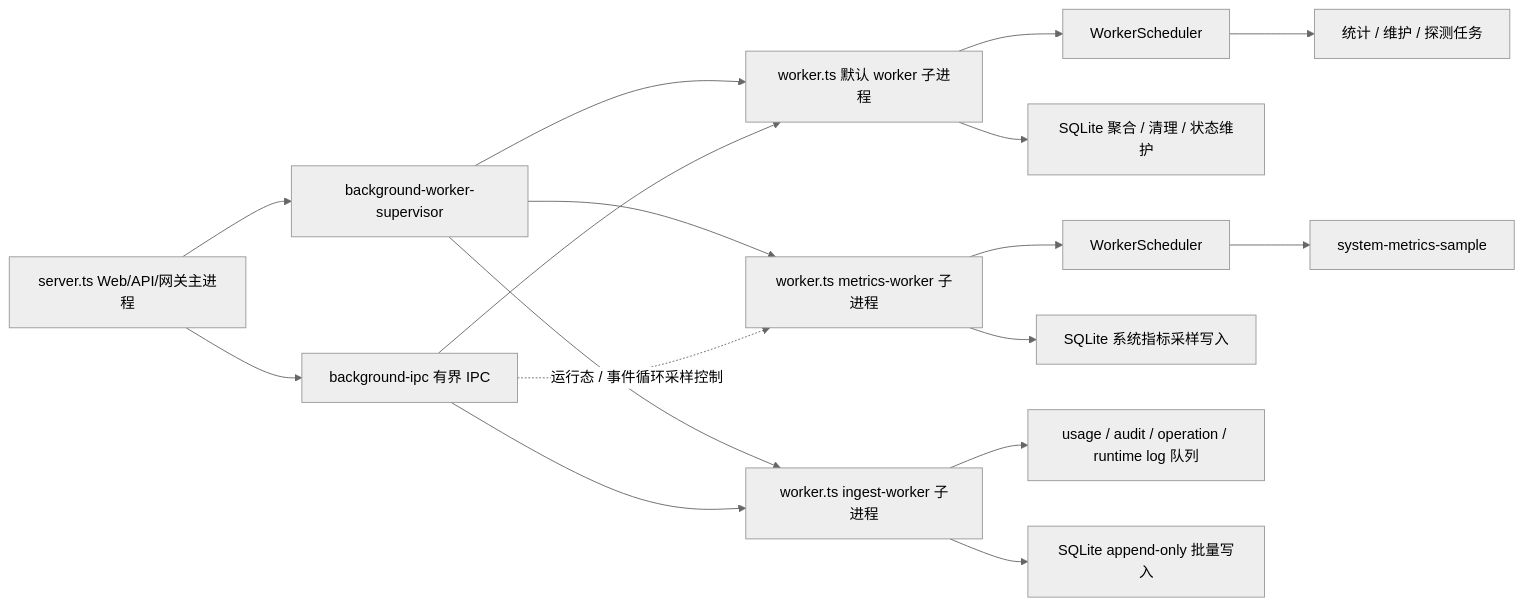
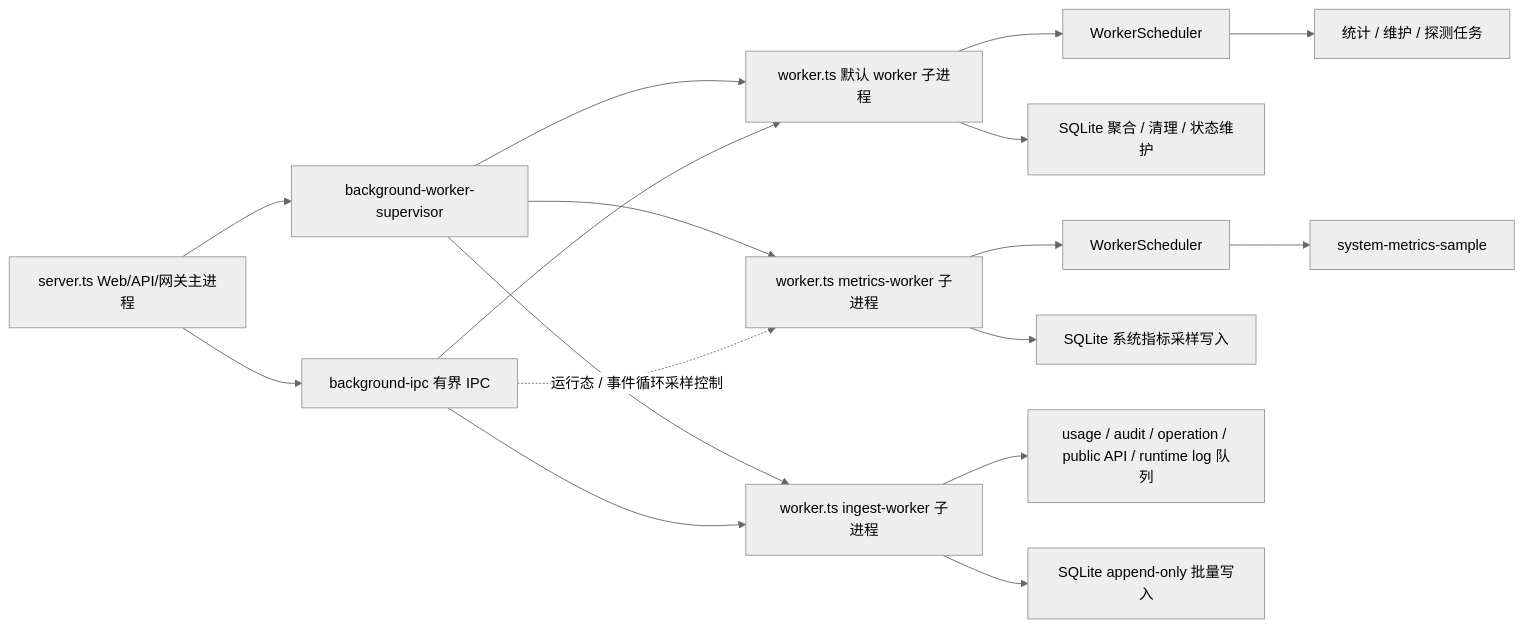
Before and after one commit to huanmin123/juhe-ai: the diagram in docs/architecture/backend/后台任务使用说明.md, drawn with Mermaid (neutral theme). The commit also changed other lines of this file and 111 other files, not shown here.

````diff
--- a/docs/architecture/backend/后台任务使用说明.md
+++ b/docs/architecture/backend/后台任务使用说明.md
@@ -19,19 +19,19 @@
 ```mermaid
 flowchart LR
   Server["server.ts Web/API/网关主进程"] --> Supervisor["background-worker-supervisor"]
   Supervisor --> Worker["worker.ts 默认 worker 子进程"]
   Supervisor --> MetricsWorker["worker.ts metrics-worker 子进程"]
   Supervisor --> IngestWorker["worker.ts ingest-worker 子进程"]
   Server --> IPC["background-ipc 有界 IPC"]
   IPC --> Worker
   IPC --> IngestWorker
   IPC -. "运行态 / 事件循环采样控制" .-> MetricsWorker
   Worker --> Scheduler["WorkerScheduler"]
   Scheduler --> Jobs["统计 / 维护 / 探测任务"]
   Worker --> SQLite["SQLite 聚合 / 清理 / 状态维护"]
   MetricsWorker --> MetricsScheduler["WorkerScheduler"]
   MetricsScheduler --> MetricsJob["system-metrics-sample"]
   MetricsWorker --> MetricsSQLite["SQLite 系统指标采样写入"]
-  IngestWorker --> IngestQueues["usage / audit / operation / runtime log 队列"]
+  IngestWorker --> IngestQueues["usage / audit / operation / public API / runtime log 队列"]
   IngestWorker --> DatasetSQLite["SQLite append-only 批量写入"]
 ```
````
